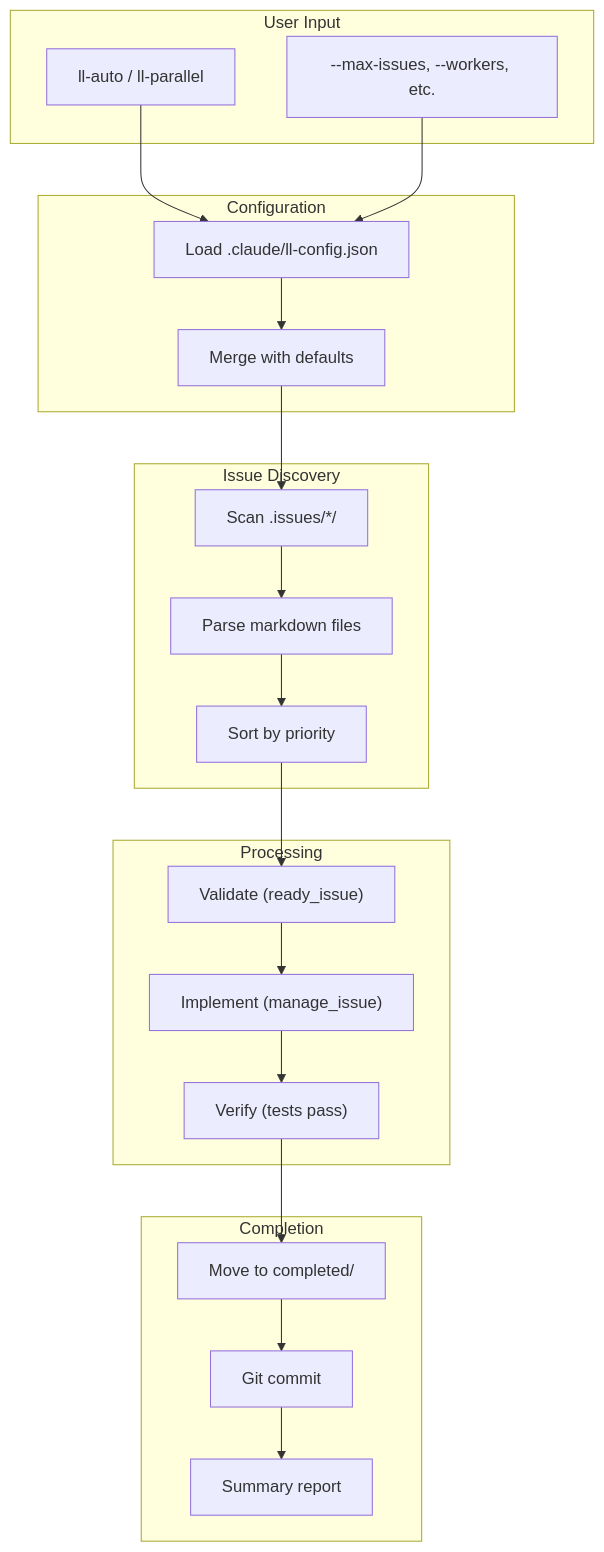
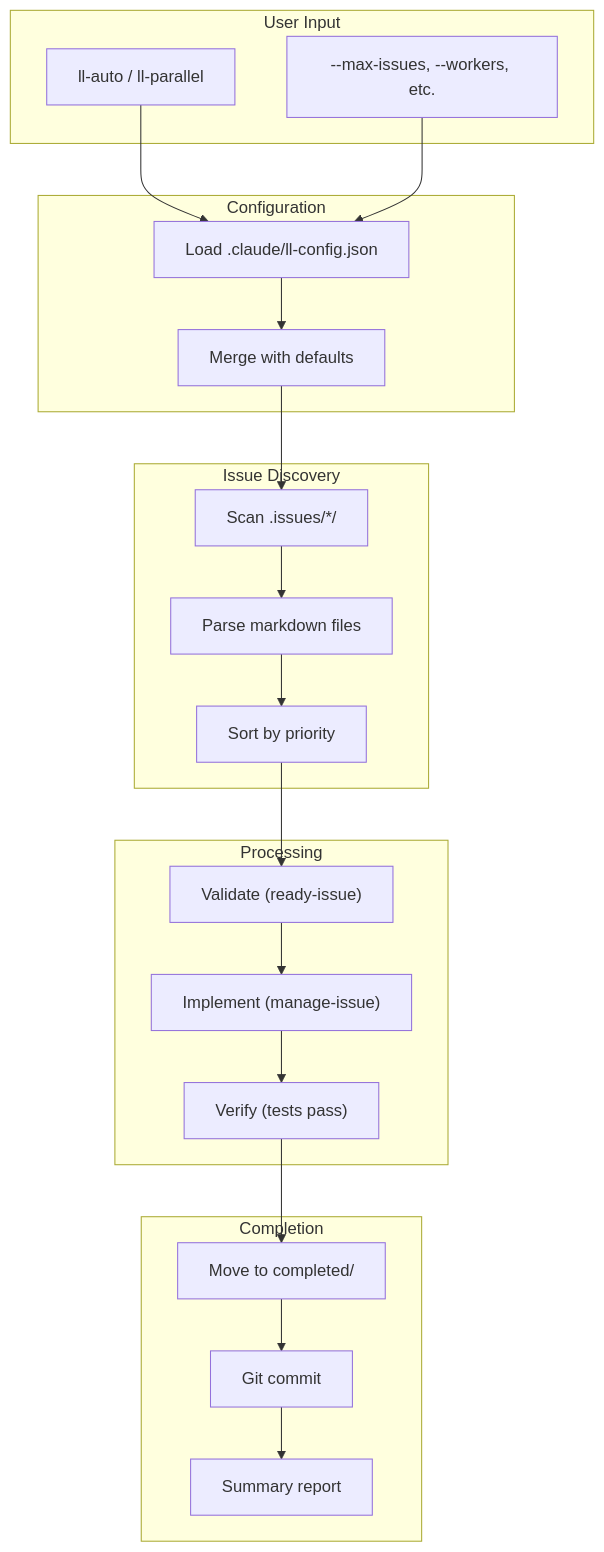
Before and after one commit to BrennonTWilliams/little-loops: diagram 13 of 13 in docs/ARCHITECTURE.md, drawn with Mermaid. The commit also changed other lines of this file and 70 other files, not shown here.

````diff
--- a/docs/ARCHITECTURE.md
+++ b/docs/ARCHITECTURE.md
@@ -808,43 +808,43 @@
 ```mermaid
 flowchart TB
     subgraph User["User Input"]
         CMD_INPUT["ll-auto / ll-parallel"]
         FLAGS["--max-issues, --workers, etc."]
     end
 
     subgraph Config["Configuration"]
         LOAD["Load .claude/ll-config.json"]
         MERGE_CFG["Merge with defaults"]
     end
 
     subgraph Discovery["Issue Discovery"]
         SCAN["Scan .issues/*/"]
         PARSE["Parse markdown files"]
         SORT["Sort by priority"]
     end
 
     subgraph Processing["Processing"]
-        VALIDATE["Validate (ready_issue)"]
-        IMPLEMENT["Implement (manage_issue)"]
+        VALIDATE["Validate (ready-issue)"]
+        IMPLEMENT["Implement (manage-issue)"]
         VERIFY["Verify (tests pass)"]
     end
 
     subgraph Completion["Completion"]
         MOVE["Move to completed/"]
         COMMIT["Git commit"]
         REPORT["Summary report"]
     end
 
     CMD_INPUT --> LOAD
     FLAGS --> LOAD
     LOAD --> MERGE_CFG
     MERGE_CFG --> SCAN
     SCAN --> PARSE
     PARSE --> SORT
     SORT --> VALIDATE
     VALIDATE --> IMPLEMENT
     IMPLEMENT --> VERIFY
     VERIFY --> MOVE
     MOVE --> COMMIT
     COMMIT --> REPORT
 ```
````
